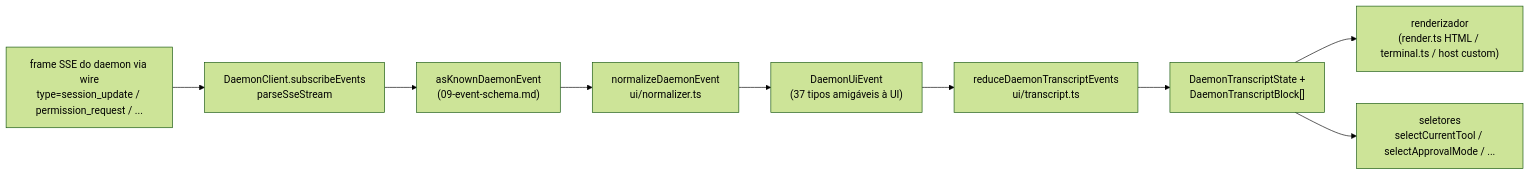
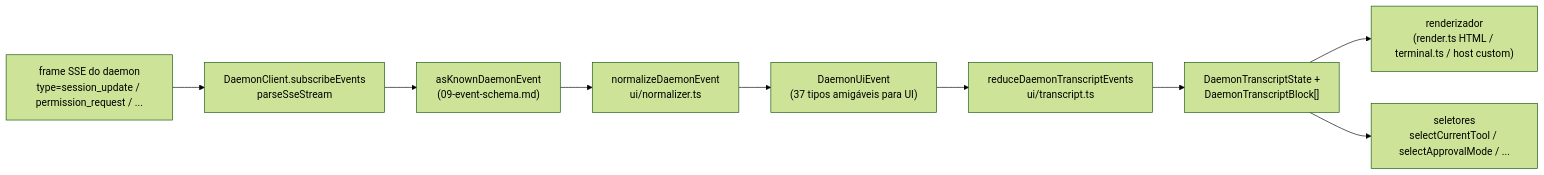
The diagram in website/content/pt-BR/developers/daemon/14-cli-tui-adapter.md (QwenLM/qwen-code-docs), drawn with Mermaid (forest theme) before and after one commit. The commit also changed other lines of this file and 1077 other files, not shown here.

````diff
--- a/website/content/pt-BR/developers/daemon/14-cli-tui-adapter.md
+++ b/website/content/pt-BR/developers/daemon/14-cli-tui-adapter.md
@@ -113,12 +114,12 @@
 ```mermaid
 flowchart LR
-    A["frame SSE do daemon via wire<br/>type=session_update / permission_request / ..."]
+    A["frame SSE do daemon<br/>type=session_update / permission_request / ..."]
     A --> B["DaemonClient.subscribeEvents<br/>parseSseStream"]
     B --> C["asKnownDaemonEvent<br/>(09-event-schema.md)"]
     C --> D["normalizeDaemonEvent<br/>ui/normalizer.ts"]
-    D --> E["DaemonUiEvent<br/>(37 tipos amigáveis à UI)"]
+    D --> E["DaemonUiEvent<br/>(37 tipos amigáveis para UI)"]
     E --> F["reduceDaemonTranscriptEvents<br/>ui/transcript.ts"]
     F --> G["DaemonTranscriptState +<br/>DaemonTranscriptBlock[]"]
     G --> H["renderizador<br/>(render.ts HTML / terminal.ts / host custom)"]
     G --> I["seletores<br/>selectCurrentTool / selectApprovalMode / ..."]
 ```
````
